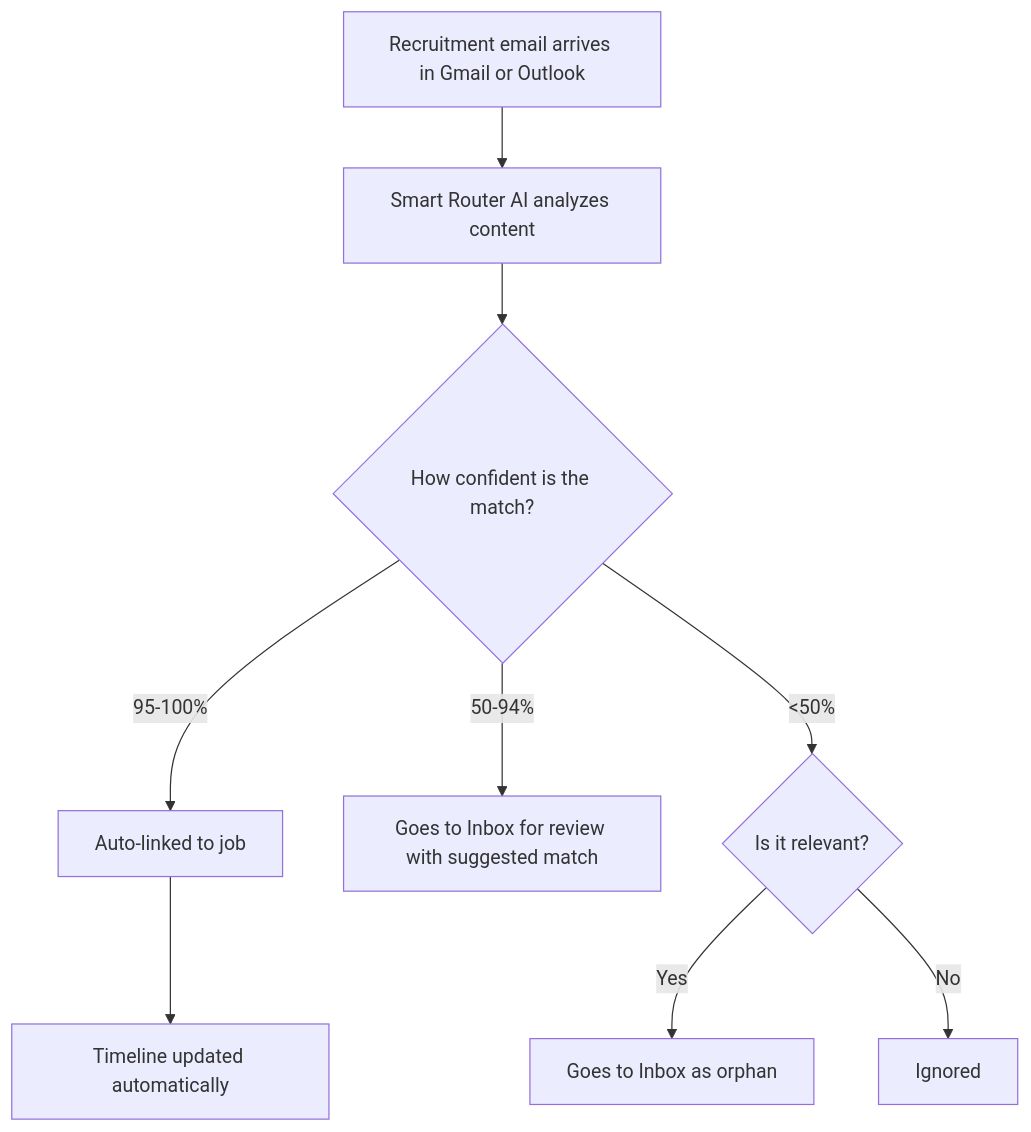
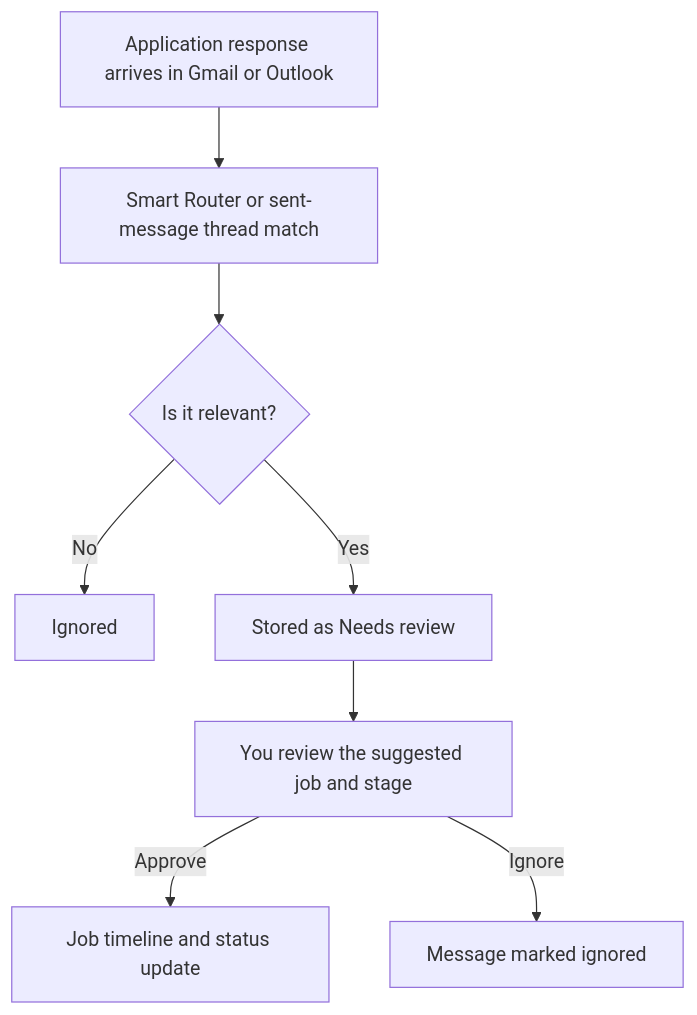
One commit to medmsd/job-ops changed the diagram in docs-site/docs/features/post-application-tracking.md. Above: the diagram before and after it, drawn with Mermaid. The commit also changed other lines of this file and 2 other files, not shown here.

Commit message:
docs(post-application): document review-first background response sync

````diff
--- a/docs-site/docs/features/post-application-tracking.md
+++ b/docs-site/docs/features/post-application-tracking.md
@@ -30,14 +32,10 @@
 ```mermaid
 flowchart TD
-    A[Recruitment email arrives in Gmail or Outlook] --> B[Smart Router AI analyzes content]
-    B --> C{How confident is the match?}
-
-    C -->|95-100%| D[Auto-linked to job]
-    D --> E[Timeline updated automatically]
-
-    C -->|50-94%| F[Goes to Inbox for review with suggested match]
-
-    C -->|<50%| G{Is it relevant?}
-    G -->|Yes| H[Goes to Inbox as orphan]
-    G -->|No| I[Ignored]
+    A[Application response arrives in Gmail or Outlook] --> B[Smart Router or sent-message thread match]
+    B --> C{Is it relevant?}
+    C -->|No| D[Ignored]
+    C -->|Yes| E[Stored as Needs review]
+    E --> F[You review the suggested job and stage]
+    F -->|Approve| G[Job timeline and status update]
+    F -->|Ignore| H[Message marked ignored]
 ```
````
